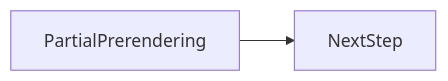
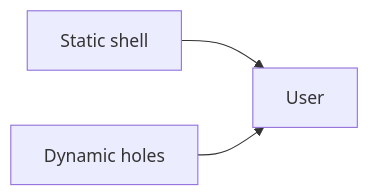
Before and after one commit to OmidJavaherii/Frontend-Engineering-Handbook: the second of 2 diagrams in docs/en/12-rendering/ppr/index.md, drawn with Mermaid. The commit also changed other lines of this file and 461 other files, not shown here.

````diff
--- a/docs/en/12-rendering/ppr/index.md
+++ b/docs/en/12-rendering/ppr/index.md
@@ -96,4 +117,5 @@
 ```mermaid
 flowchart LR
-  concept[PartialPrerendering] --> nextStep[NextStep]
+  CDN[Static shell] --> User
+  Origin[Dynamic holes] --> User
 ```
````
